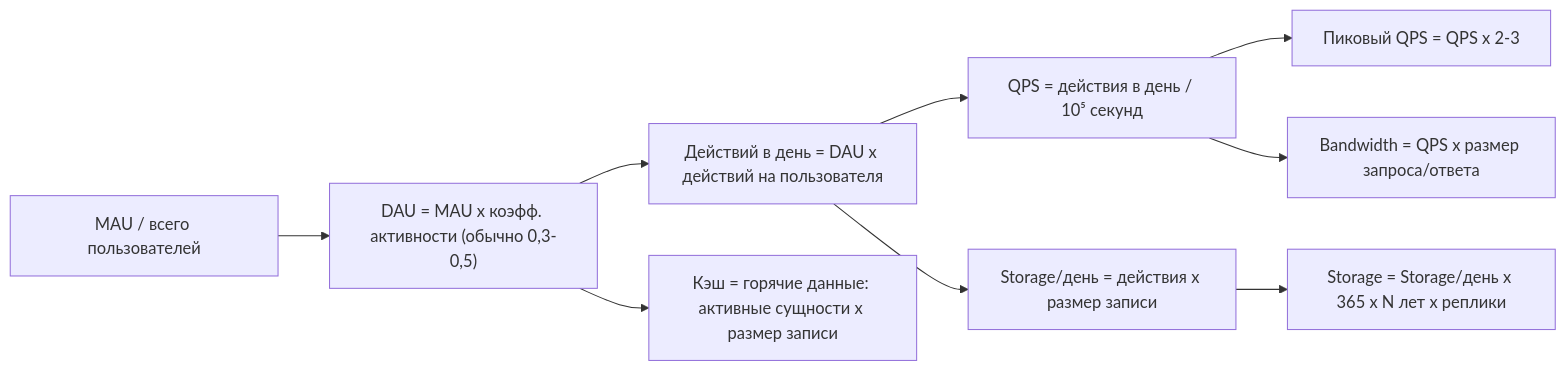
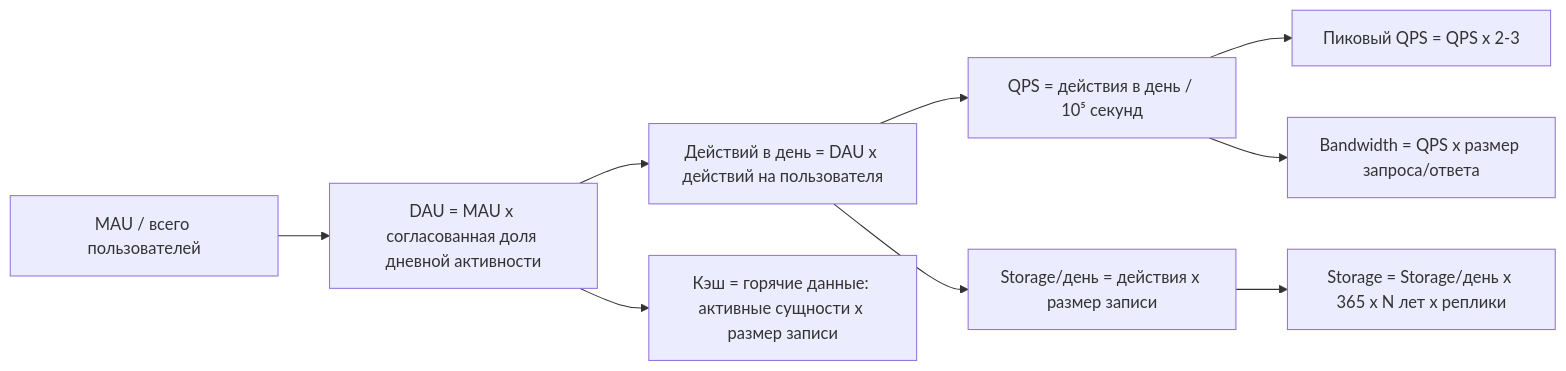
The second of 3 diagrams in 00-how-to-pass/estimation.md (AlohaJava/system-design-interview-chamkin), drawn with Mermaid before and after one commit. The commit also changed other lines of this file and 49 other files, not shown here.

````diff
--- a/00-how-to-pass/estimation.md
+++ b/00-how-to-pass/estimation.md
@@ -91,11 +122,11 @@
 ```mermaid
 flowchart LR
-    A["MAU / всего пользователей"] --> B["DAU = MAU x коэфф. активности (обычно 0,3-0,5)"]
+    A["MAU / всего пользователей"] --> B["DAU = MAU x согласованная доля дневной активности"]
     B --> C["Действий в день = DAU x действий на пользователя"]
     C --> D["QPS = действия в день / 10⁵ секунд"]
     D --> E["Пиковый QPS = QPS x 2-3"]
     C --> F["Storage/день = действия x размер записи"]
     F --> G["Storage = Storage/день x 365 x N лет x реплики"]
     D --> H["Bandwidth = QPS x размер запроса/ответа"]
     B --> I["Кэш = горячие данные: активные сущности x размер записи"]
 ```
````
